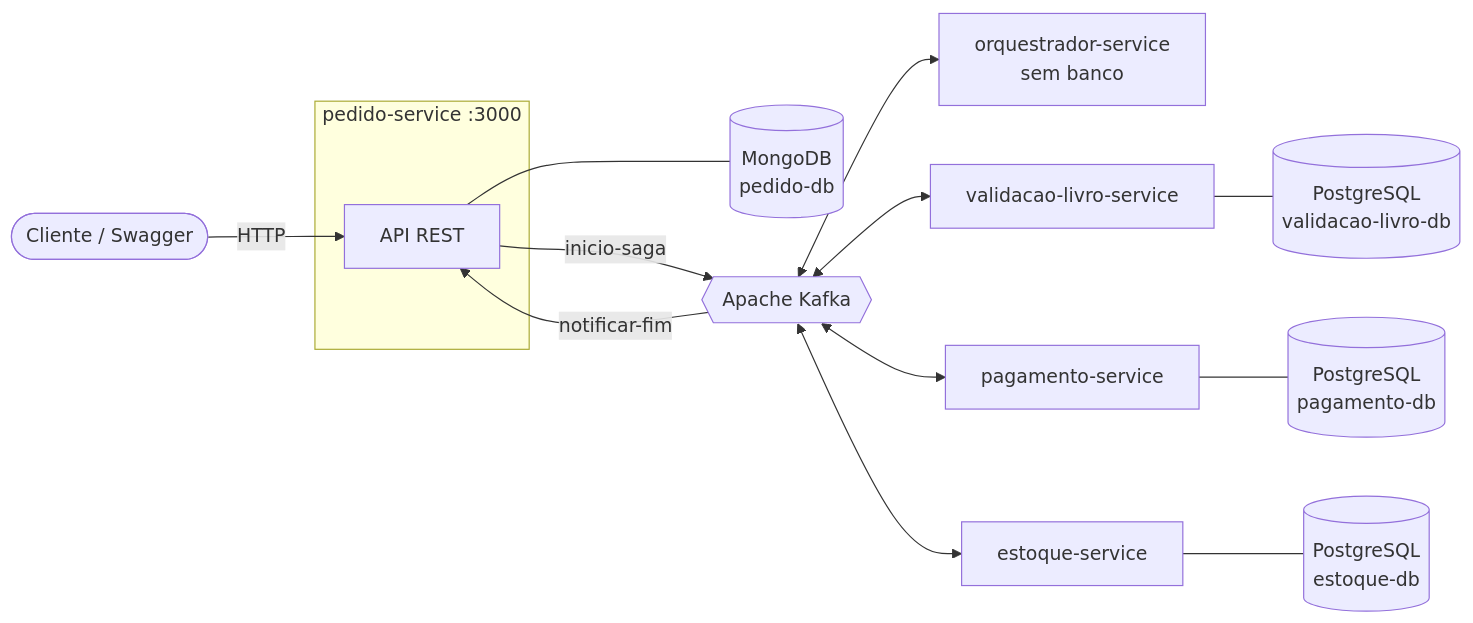
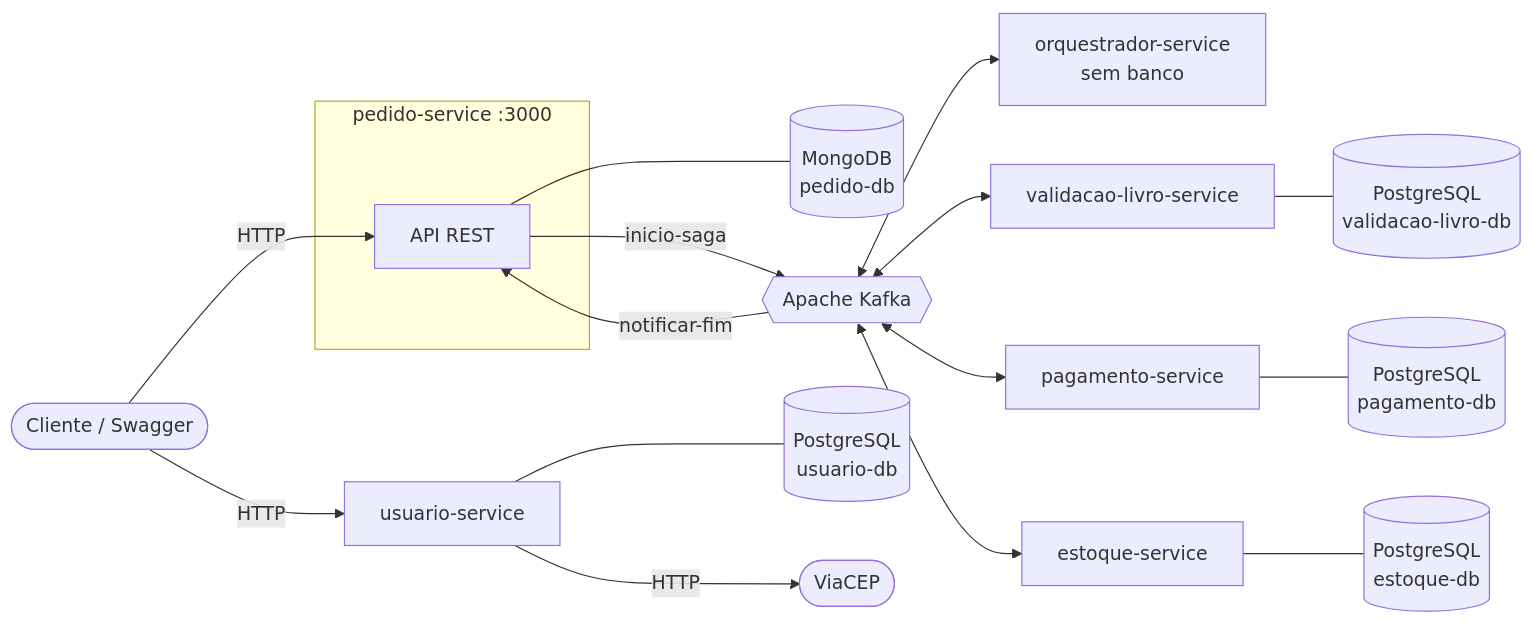
The first of 7 diagrams in README.md (Carloseman1/padrao-saga-orquestrado-em-microsservi-os), drawn with Mermaid before and after one commit. The commit also changed other lines of this file and 8 other files, not shown here.

Commit message:
build: sobe o usuario-service no compose e reaproveita os containers no build.py

````diff
--- a/README.md
+++ b/README.md
@@ -105,36 +106,44 @@
 ```mermaid
 flowchart LR
     cliente([Cliente / Swagger])
 
     subgraph pedido [pedido-service :3000]
         api[API REST]
     end
     mongo[(MongoDB<br/>pedido-db)]
 
     kafka{{Apache Kafka}}
 
     orq[orquestrador-service<br/>sem banco]
 
     val[validacao-livro-service]
     pg1[(PostgreSQL<br/>validacao-livro-db)]
 
     pag[pagamento-service]
     pg2[(PostgreSQL<br/>pagamento-db)]
 
     est[estoque-service]
     pg3[(PostgreSQL<br/>estoque-db)]
 
+    usu[usuario-service]
+    pg4[(PostgreSQL<br/>usuario-db)]
+    viacep([ViaCEP])
+
+    cliente -- HTTP --> usu
+    usu --- pg4
+    usu -- HTTP --> viacep
+
     cliente -- HTTP --> api
     api --- mongo
     api -- inicio-saga --> kafka
     kafka -- notificar-fim --> api
 
     kafka <--> orq
     kafka <--> val
     kafka <--> pag
     kafka <--> est
 
     val --- pg1
     pag --- pg2
     est --- pg3
 ```
````
